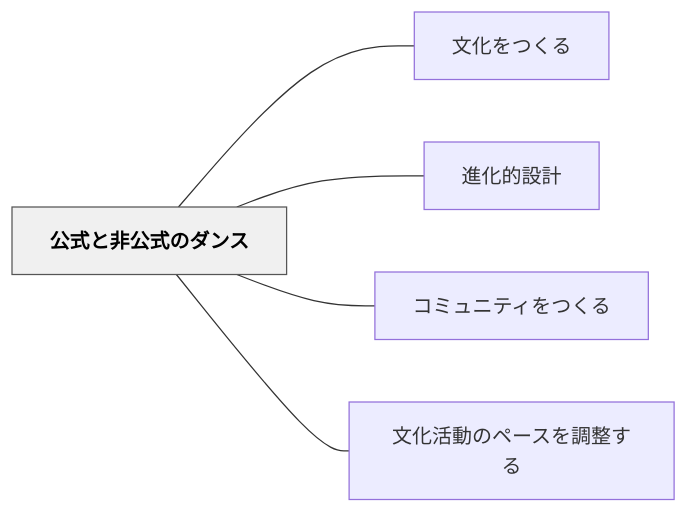
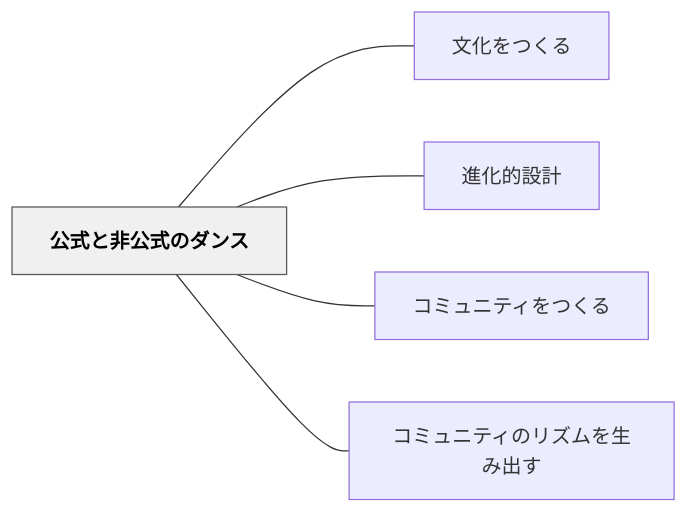
Before and after one commit to unknownthings-ed-patterns/unknownthings-ed-patterns: the diagram in content/パタン/公式と非公式のダンス.md, drawn with Mermaid. The commit also changed other lines of this file and 3 other files, not shown here.

````diff
--- a/content/パタン/公式と非公式のダンス.md
+++ b/content/パタン/公式と非公式のダンス.md
@@ -52,16 +52,16 @@
 ```mermaid
 flowchart LR
     ne585ace5bc8fe381a8e99d9ee585ace5bc8fe381aee38380e383b3e382b9["公式と非公式のダンス"]
     ne69687e58c96e38292e381a4e3818fe3828b["文化をつくる"]
     ne980b2e58c96e79a84e8a8ade8a888["進化的設計"]
     ne382b3e3839fe383a5e3838be38386e382a3e38292e381a4e3818fe3828b["コミュニティをつくる"]
-    ne69687e58c96e6b4bbe58b95e381aee3839ae383bce382b9e38292e8aabfe695b4e38199e3828b["文化活動のペースを調整する"]
+    ne382b3e3839fe383a5e3838be38386e382a3e381aee383aae382bae383a0e38292e7949fe381bfe587bae38199["コミュニティのリズムを生み出す"]
 
     ne585ace5bc8fe381a8e99d9ee585ace5bc8fe381aee38380e383b3e382b9 --- ne69687e58c96e38292e381a4e3818fe3828b
     ne585ace5bc8fe381a8e99d9ee585ace5bc8fe381aee38380e383b3e382b9 --- ne980b2e58c96e79a84e8a8ade8a888
     ne585ace5bc8fe381a8e99d9ee585ace5bc8fe381aee38380e383b3e382b9 --- ne382b3e3839fe383a5e3838be38386e382a3e38292e381a4e3818fe3828b
-    ne585ace5bc8fe381a8e99d9ee585ace5bc8fe381aee38380e383b3e382b9 --- ne69687e58c96e6b4bbe58b95e381aee3839ae383bce382b9e38292e8aabfe695b4e38199e3828b
+    ne585ace5bc8fe381a8e99d9ee585ace5bc8fe381aee38380e383b3e382b9 --- ne382b3e3839fe383a5e3838be38386e382a3e381aee383aae382bae383a0e38292e7949fe381bfe587bae38199
 
     classDef hub fill:#f0f0f0,stroke:#555,color:#000,font-weight:bold
     class ne585ace5bc8fe381a8e99d9ee585ace5bc8fe381aee38380e383b3e382b9 hub
 ```
````
